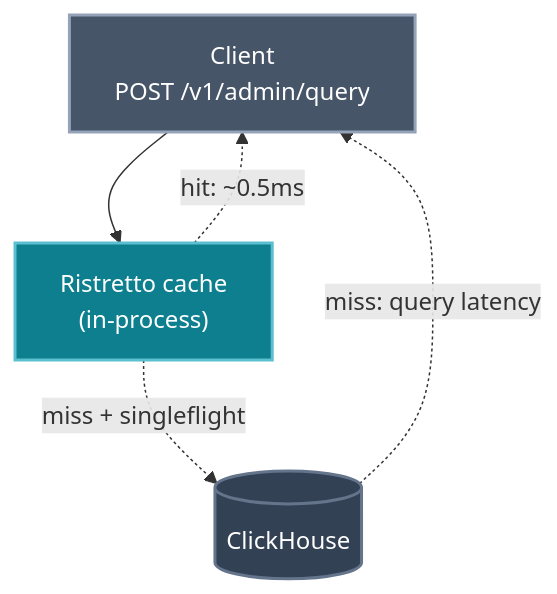
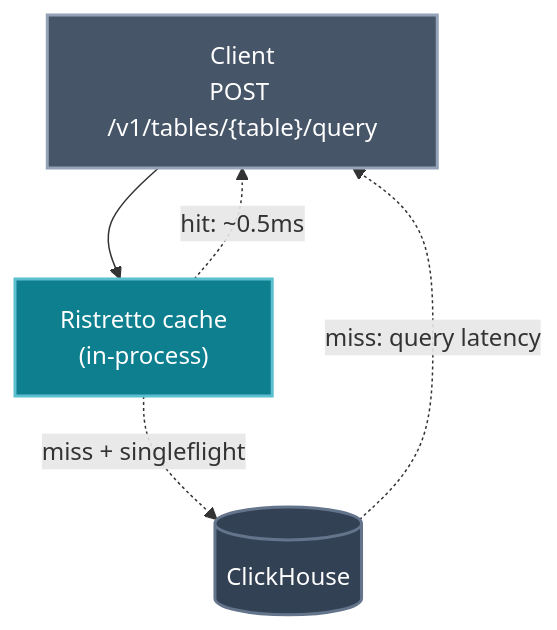
One commit to Wave-RF/WaveHouse changed the sixth of 6 diagrams in docs/src/content/docs/why-wavehouse.md. Above: the diagram before and after it, drawn with Mermaid.

Commit message:
docs: fix query-path mermaid in why-wavehouse.md
The cached-read-path diagram still labelled the client as
POST /v1/admin/query, but raw SQL no longer touches L1 / singleflight
after the cache-strip commit (421c3ce). The structured-query endpoint
is the canonical cached read path now, so relabel the client node.
Topology is unchanged — L1 → singleflight → ClickHouse still describes
how /v1/tables/{table}/query and /v1/pipes/{name} work.

````diff
--- a/docs/src/content/docs/why-wavehouse.md
+++ b/docs/src/content/docs/why-wavehouse.md
@@ -245,12 +245,12 @@
 ```mermaid
 flowchart TB
     classDef client fill:#475569,stroke:#94a3b8,color:#fff,stroke-width:2px
     classDef wh fill:#0e7f8f,stroke:#5bbfcf,color:#fff,stroke-width:2px
     classDef store fill:#334155,stroke:#64748b,color:#fff,stroke-width:2px
 
-    Q["Client<br/>POST /v1/admin/query"]:::client
+    Q["Client<br/>POST /v1/tables/{table}/query"]:::client
     Q --> L1["Ristretto cache<br/>(in-process)"]:::wh
     L1 -. "miss + singleflight" .-> CH[("ClickHouse")]:::store
     L1 -. "hit: ~0.5ms" .-> Q
     CH -. "miss: query latency" .-> Q
 ```
````
